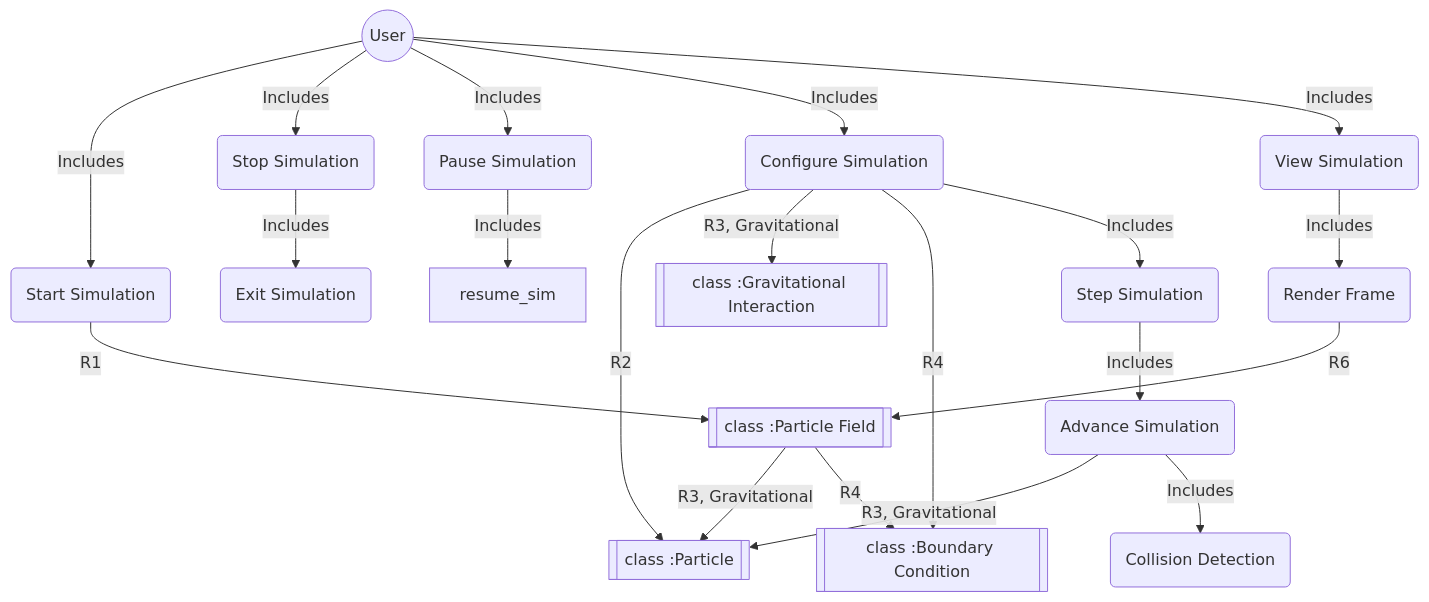
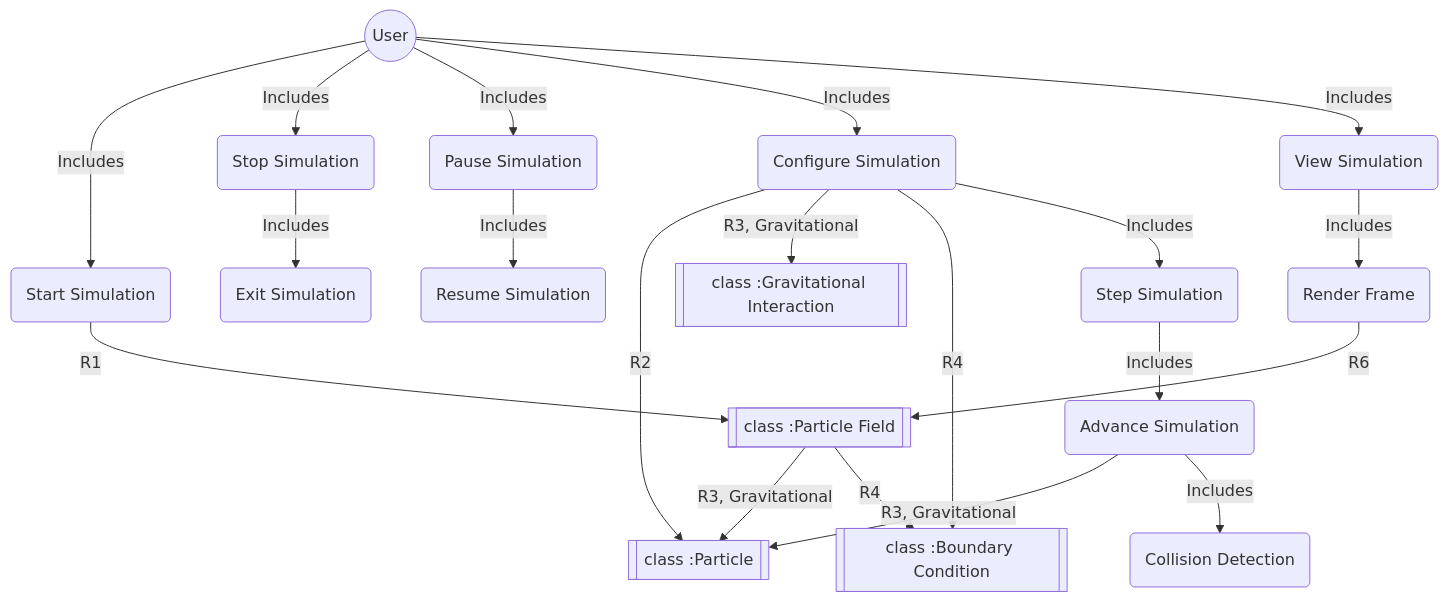
One commit to programming-formalisms/programming_formalisms_example_project changed the second of 2 diagrams in DPAI_requirements.md. Above: the diagram before and after it, drawn with Mermaid.

````diff
--- a/DPAI_requirements.md
+++ b/DPAI_requirements.md
@@ -114,40 +114,41 @@
 ```mermaid
 flowchart TD
 
   user((User))
   particle_field[[class :Particle Field]]
   particle[[class :Particle]]
   gravity[[class :Gravitational Interaction]]
   boundary[[class :Boundary Condition]]
 
   advance_sim(Advance Simulation)
   collision_detection(Collision Detection)
   configure_sim(Configure Simulation)
   exit_sim(Exit Simulation)
   start_sim(Start Simulation)
   stop_sim(Stop Simulation)
   pause_sim(Pause Simulation)
   render_frame(Render Frame)
+  resume_sim(Resume Simulation)
   step_sim(Step Simulation)
   view_sim(View Simulation)
 
   user           -->|Includes| start_sim
   user           -->|Includes| stop_sim
   user           -->|Includes| pause_sim
   user           -->|Includes| configure_sim
   user           -->|Includes| view_sim
   start_sim      -->|R1| particle_field
   configure_sim  -->|R2| particle
   configure_sim  -->|R3, Gravitational| gravity
   configure_sim  -->|R4| boundary
   configure_sim  -->|Includes| step_sim
   pause_sim      -->|Includes| resume_sim
   step_sim       -->|Includes| advance_sim
   advance_sim    -->|R3, Gravitational| particle
   advance_sim    -->|Includes| collision_detection
   stop_sim       -->|Includes| exit_sim
   view_sim       -->|Includes| render_frame
   render_frame   -->|R6| particle_field
   particle_field -->|R3, Gravitational| particle
   particle_field -->|R4| boundary
 ```
````
